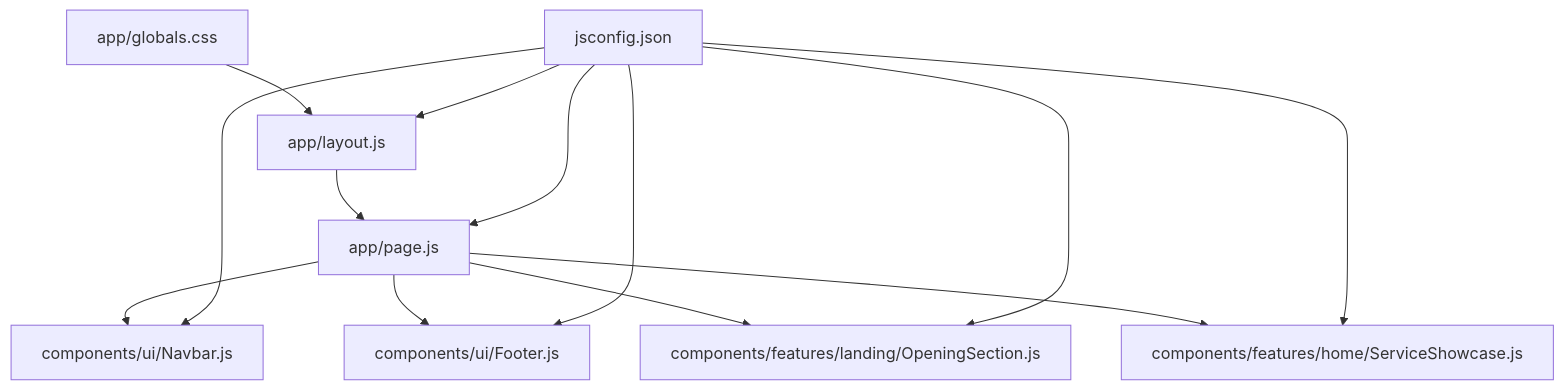
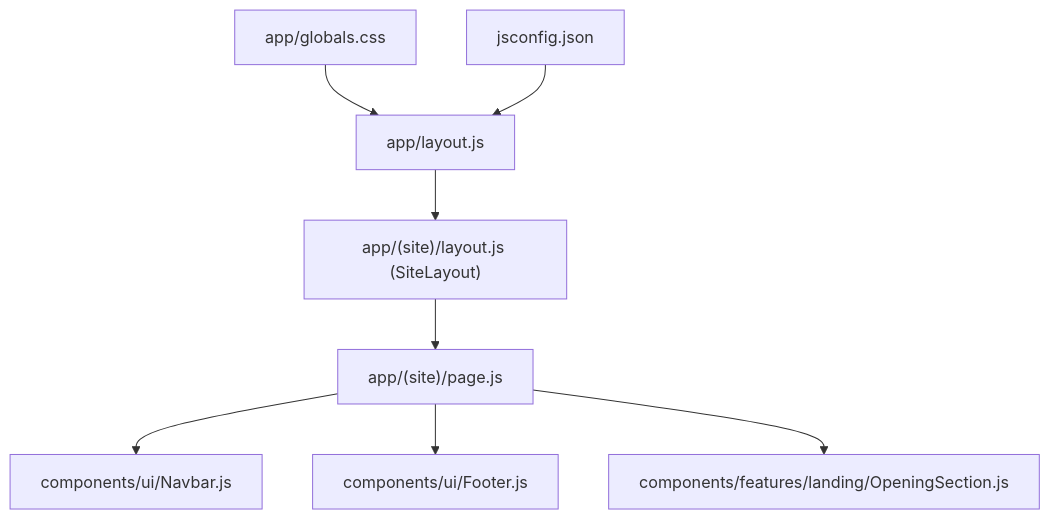
The first of 4 diagrams in docs/en/content/Development Guidelines & Best Practices.md (algorithmsEvolve/momentoclient-fe), drawn with Mermaid before and after one commit. The commit also changed other lines of this file and 14 other files, not shown here.

````diff
--- a/docs/en/content/Development Guidelines & Best Practices.md
+++ b/docs/en/content/Development Guidelines & Best Practices.md
@@ -47,15 +47,10 @@
 ```mermaid
 graph TB
-A["app/layout.js"] --> B["app/page.js"]
-B --> C["components/ui/Navbar.js"]
-B --> D["components/ui/Footer.js"]
-B --> E["components/features/landing/OpeningSection.js"]
-B --> F["components/features/home/ServiceShowcase.js"]
+A["app/layout.js"] --> B["app/(site)/layout.js (SiteLayout)"]
+B --> C["app/(site)/page.js"]
+C --> D["components/ui/Navbar.js"]
+C --> E["components/ui/Footer.js"]
+C --> F["components/features/landing/OpeningSection.js"]
 G["app/globals.css"] --> A
 H["jsconfig.json"] --> A
-H --> B
-H --> C
-H --> D
-H --> E
-H --> F
 ```
````
